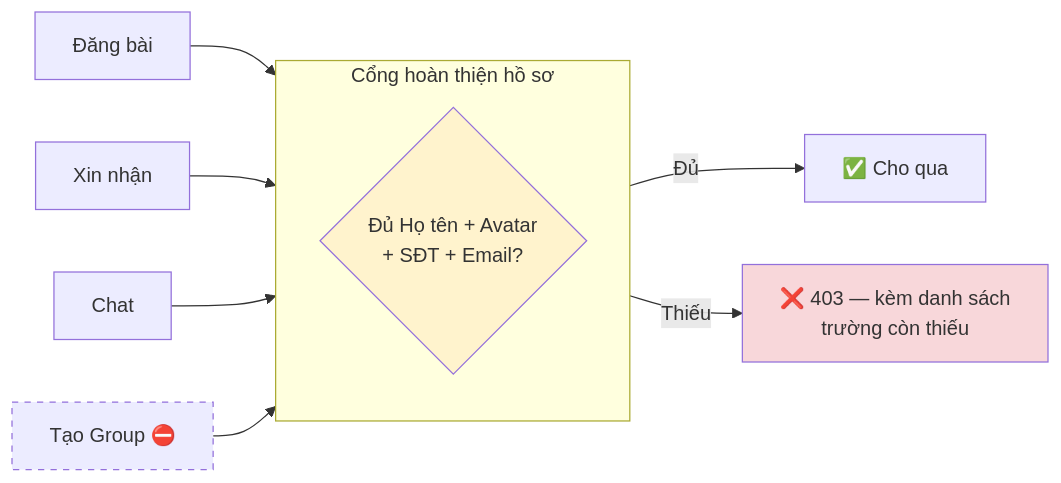
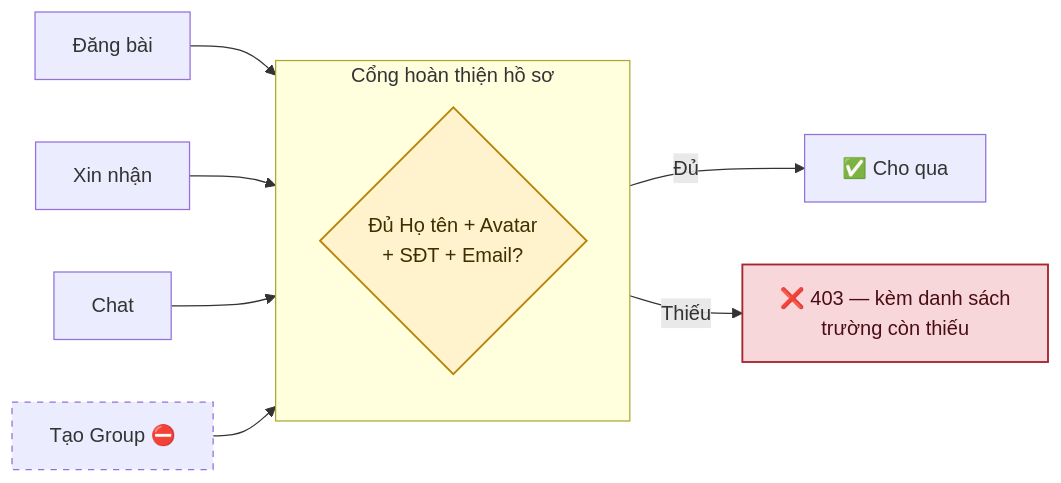
The first of 4 diagrams in docs/diagram/02-profile.md (fdshn/trueheart), drawn with Mermaid before and after one commit. The commit also changed other lines of this file and 30 other files, not shown here.

First line of the commit message:
docs(diagram): chữ trong khối tô màu đọc được ở cả giao diện sáng và tối

````diff
--- a/docs/diagram/02-profile.md
+++ b/docs/diagram/02-profile.md
@@ -7,19 +7,19 @@
 ```mermaid
 flowchart LR
     subgraph G["Cổng hoàn thiện hồ sơ"]
         direction TB
         C{Đủ Họ tên + Avatar<br/>+ SĐT + Email?}
     end
 
     A1[Đăng bài] --> C
     A2[Xin nhận] --> C
     A3[Chat] --> C
     A4[Tạo Group ⛔] --> C
 
     C -->|Đủ| OK[✅ Cho qua]
     C -->|Thiếu| NO[❌ 403 — kèm danh sách<br/>trường còn thiếu]
 
-    style C fill:#fff3cd
-    style NO fill:#f8d7da
+    style C fill:#fff3cd,stroke:#b8860b,stroke-width:1.5px,color:#3d2f00
+    style NO fill:#f8d7da,stroke:#a52834,stroke-width:1.5px,color:#4a0d13
     style A4 stroke-dasharray: 5 5
 ```
````
